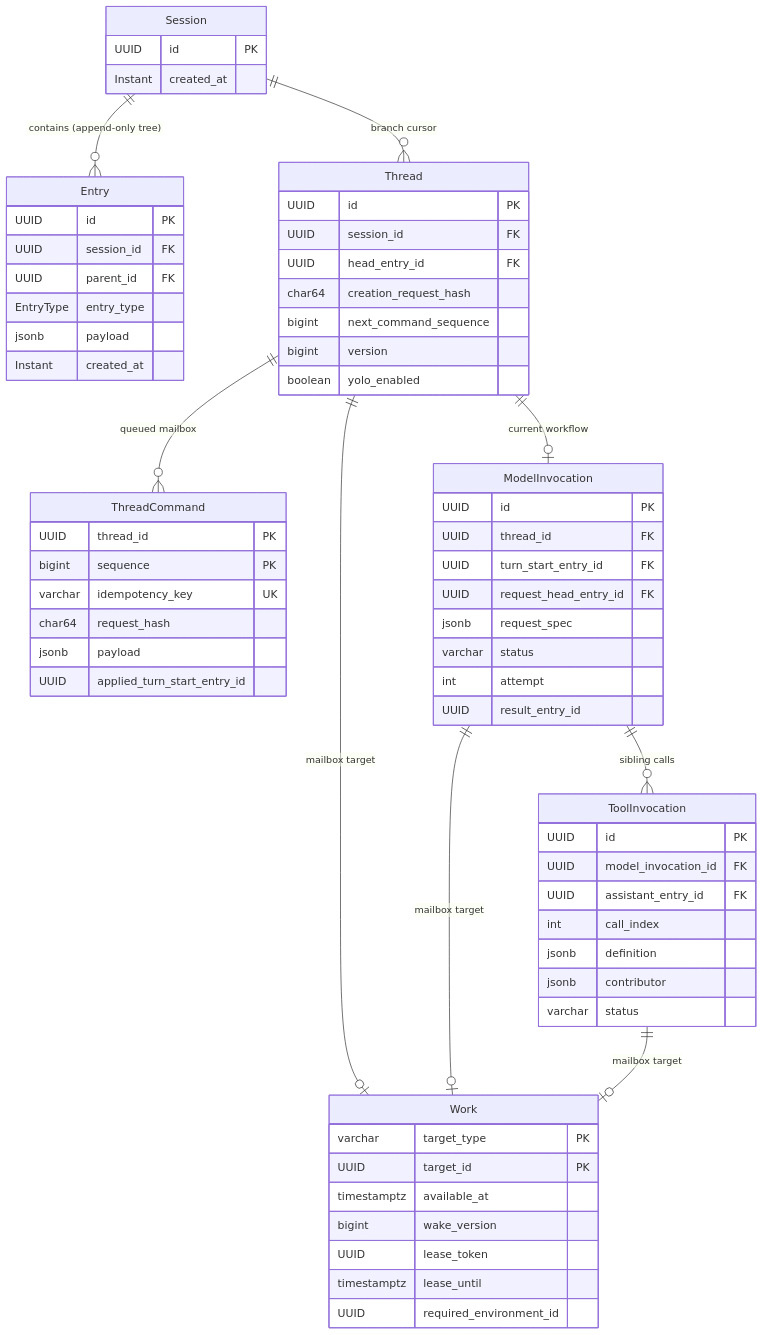
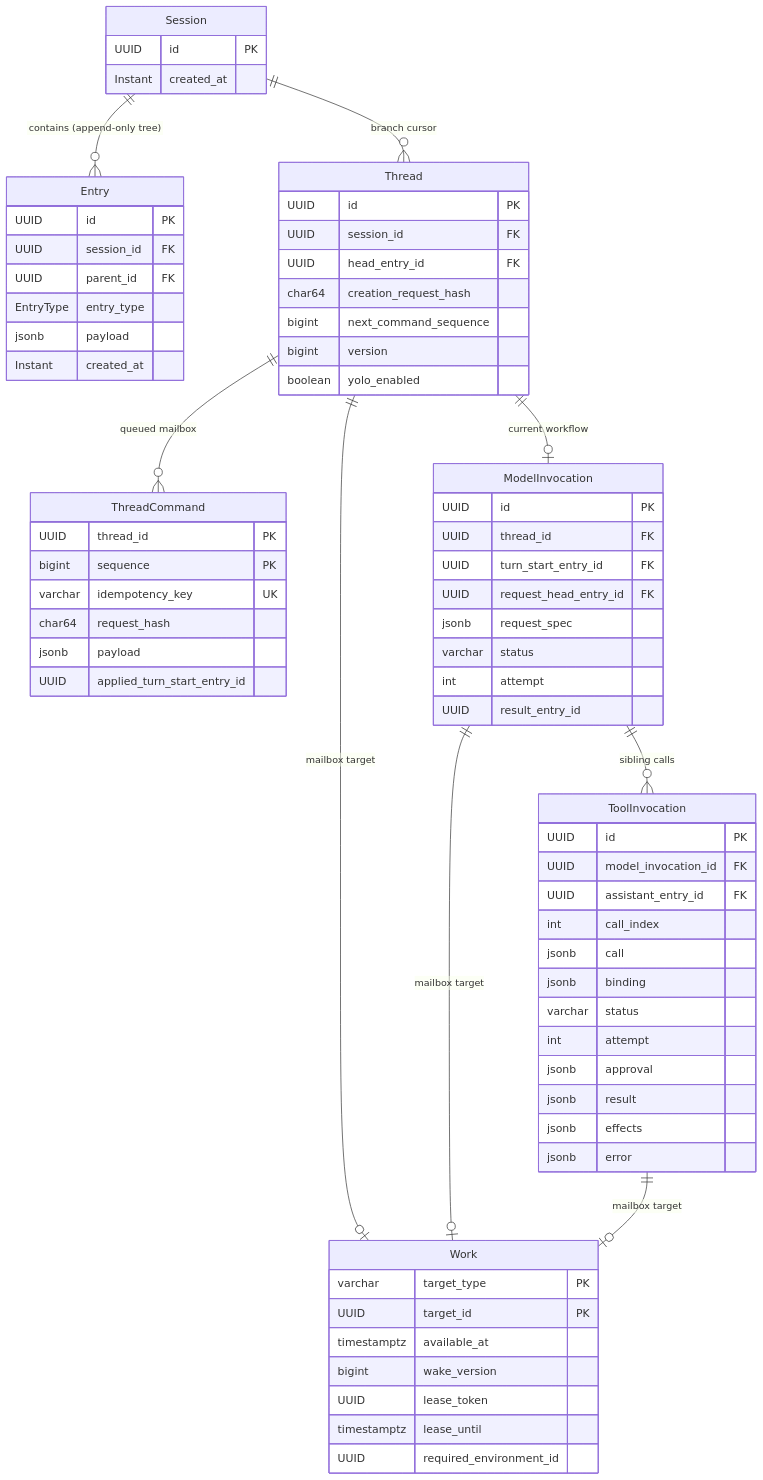
The third of 3 diagrams in harness/runtime/docs/README.md (fengwk/kk-studio), drawn with Mermaid before and after one commit. The commit also changed other lines of this file and 13 other files, not shown here.

````diff
--- a/harness/runtime/docs/README.md
+++ b/harness/runtime/docs/README.md
@@ -170,75 +170,80 @@
 ```mermaid
 erDiagram
     Session ||--o{ Entry : "contains (append-only tree)"
     Session ||--o{ Thread : "branch cursor"
     Thread ||--o{ ThreadCommand : "queued mailbox"
     Thread ||--o| ModelInvocation : "current workflow"
     ModelInvocation ||--o{ ToolInvocation : "sibling calls"
     Thread ||--o| Work : "mailbox target"
     ModelInvocation ||--o| Work : "mailbox target"
     ToolInvocation ||--o| Work : "mailbox target"
 
     Session {
         UUID id PK
         Instant created_at
     }
 
     Entry {
         UUID id PK
         UUID session_id FK
         UUID parent_id FK
         EntryType entry_type
         jsonb payload
         Instant created_at
     }
 
     Thread {
         UUID id PK
         UUID session_id FK
         UUID head_entry_id FK
         char64 creation_request_hash
         bigint next_command_sequence
         bigint version
         boolean yolo_enabled
     }
 
     ThreadCommand {
         UUID thread_id PK
         bigint sequence PK
         varchar idempotency_key UK
         char64 request_hash
         jsonb payload
         UUID applied_turn_start_entry_id
     }
 
     ModelInvocation {
         UUID id PK
         UUID thread_id FK
         UUID turn_start_entry_id FK
         UUID request_head_entry_id FK
         jsonb request_spec
         varchar status
         int attempt
         UUID result_entry_id
     }
 
     ToolInvocation {
         UUID id PK
         UUID model_invocation_id FK
         UUID assistant_entry_id FK
         int call_index
-        jsonb definition
-        jsonb contributor
+        jsonb call
+        jsonb binding
         varchar status
+        int attempt
+        jsonb approval
+        jsonb result
+        jsonb effects
+        jsonb error
     }
 
     Work {
         varchar target_type PK
         UUID target_id PK
         timestamptz available_at
         bigint wake_version
         UUID lease_token
         timestamptz lease_until
         UUID required_environment_id
     }
 ```
````
